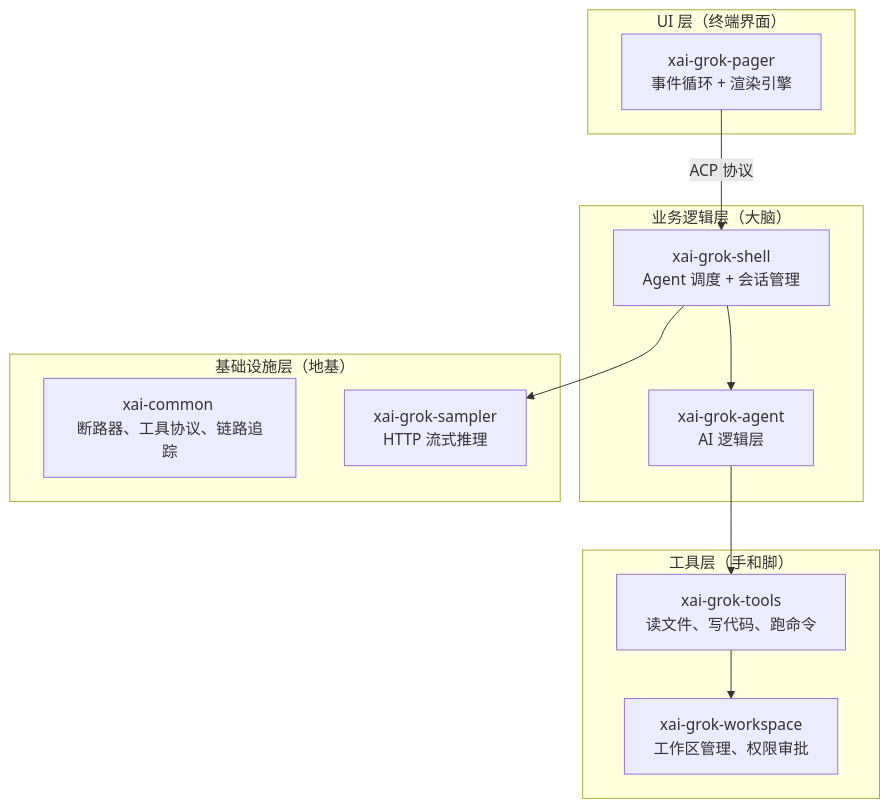
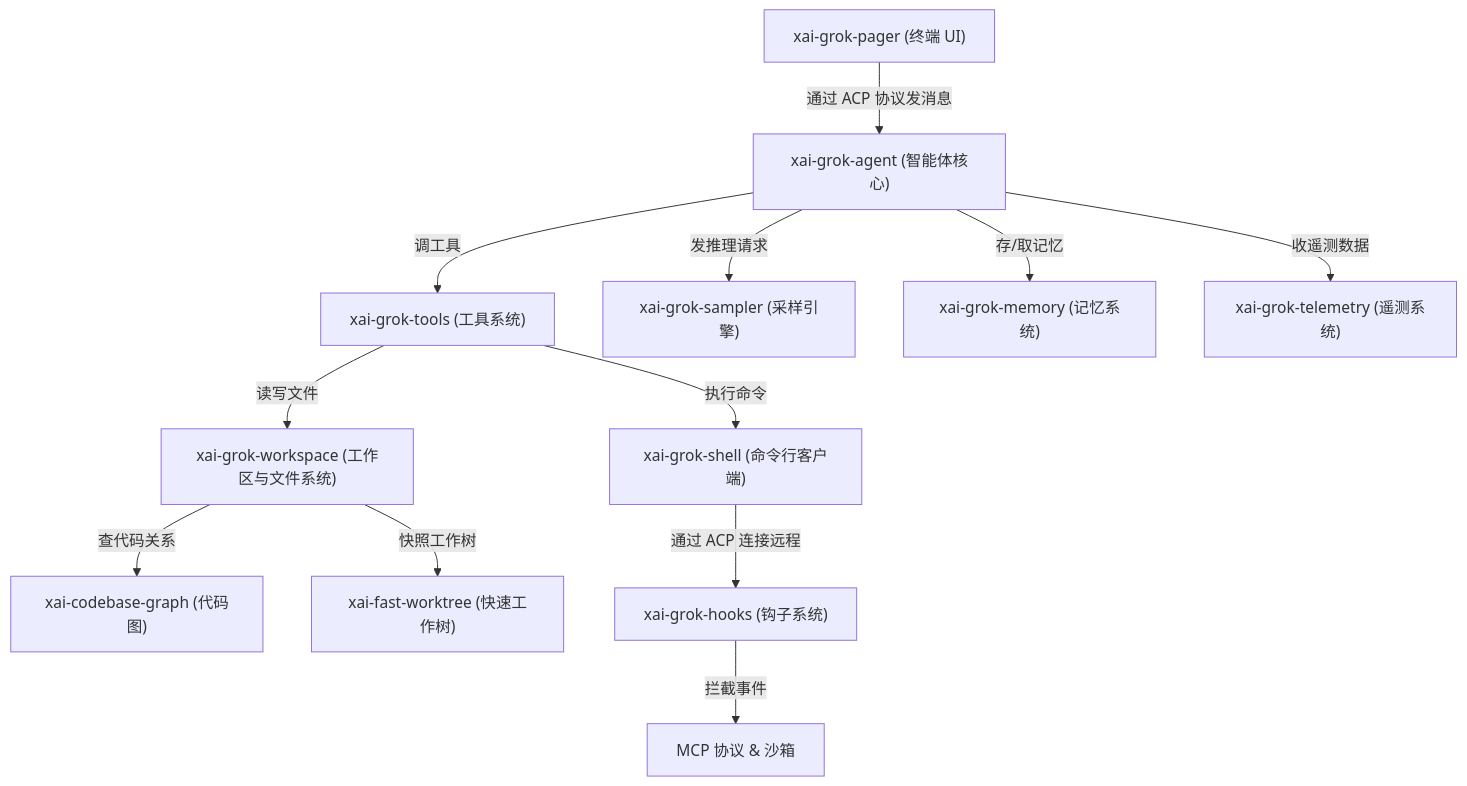
One commit to linearuncle/grok-build-wiki changed the first of 2 diagrams in 02-architecture.md. Above: the diagram before and after it, drawn with Mermaid. The commit also changed other lines of this file and 24 other files, not shown here.

````diff
--- a/02-architecture.md
+++ b/02-architecture.md
@@ -19,27 +13,14 @@
 ```mermaid
-flowchart TB
-    subgraph U["UI 层（终端界面）"]
-        PAGER["xai-grok-pager <br/>事件循环 + 渲染引擎"]
-    end
-
-    subgraph B["业务逻辑层（大脑）"]
-        SHELL["xai-grok-shell <br/>Agent 调度 + 会话管理"]
-        AGENT["xai-grok-agent <br/>AI 逻辑层"]
-    end
-
-    subgraph T["工具层（手和脚）"]
-        TOOLS["xai-grok-tools <br/>读文件、写代码、跑命令"]
-        WORKSPACE["xai-grok-workspace <br/>工作区管理、权限审批"]
-    end
-
-    subgraph I["基础设施层（地基）"]
-        COMMON["xai-common <br/>断路器、工具协议、链路追踪"]
-        SAMPLER["xai-grok-sampler <br/>HTTP 流式推理"]
-    end
-
-    PAGER -->|ACP 协议| SHELL
-    SHELL --> AGENT
-    AGENT --> TOOLS
-    TOOLS --> WORKSPACE
-    SHELL --> SAMPLER
+flowchart TD
+    A["xai-grok-pager (终端 UI)"] -->|通过 ACP 协议发消息| B["xai-grok-agent (智能体核心)"]
+    B -->|调工具| C["xai-grok-tools (工具系统)"]
+    C -->|读写文件| D["xai-grok-workspace (工作区与文件系统)"]
+    C -->|执行命令| E["xai-grok-shell (命令行客户端)"]
+    B -->|发推理请求| F["xai-grok-sampler (采样引擎)"]
+    B -->|存/取记忆| G["xai-grok-memory (记忆系统)"]
+    B -->|收遥测数据| H["xai-grok-telemetry (遥测系统)"]
+    D -->|查代码关系| I["xai-codebase-graph (代码图)"]
+    D -->|快照工作树| J["xai-fast-worktree (快速工作树)"]
+    E -->|通过 ACP 连接远程| K["xai-grok-hooks (钩子系统)"]
+    K -->|拦截事件| L["MCP 协议 & 沙箱"]
 ```
````
